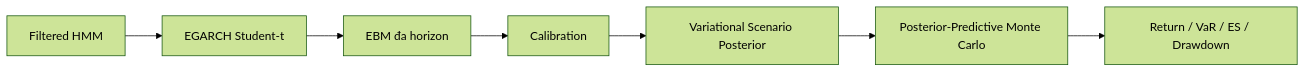
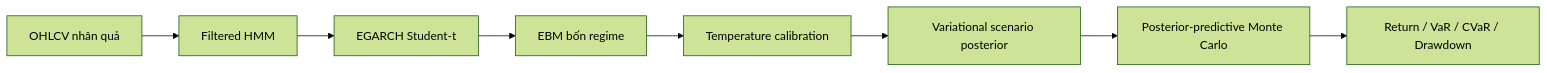
The diagram in README.md (namngyh/RAEMF-MC-Regime-Aware-Explainable-Multi-Horizon-Forecasting-with-Monte-Carlo-), drawn with Mermaid (forest theme) before and after one commit. The commit also changed other lines of this file and 3 other files, not shown here.

````diff
--- a/README.md
+++ b/README.md
@@ -701,9 +24,10 @@
 ```mermaid
 flowchart LR
-    A[Filtered HMM] --> B[EGARCH Student-t]
-    B --> C[EBM đa horizon]
-    C --> D[Calibration]
-    D --> E[Variational Scenario Posterior]
-    E --> F[Posterior-Predictive Monte Carlo]
-    F --> G[Return / VaR / ES / Drawdown]
+    A[OHLCV nhân quả] --> B[Filtered HMM]
+    B --> C[EGARCH Student-t]
+    C --> D[EBM bốn regime]
+    D --> E[Temperature calibration]
+    E --> F[Variational scenario posterior]
+    F --> G[Posterior-predictive Monte Carlo]
+    G --> H[Return / VaR / CVaR / Drawdown]
 ```
````
